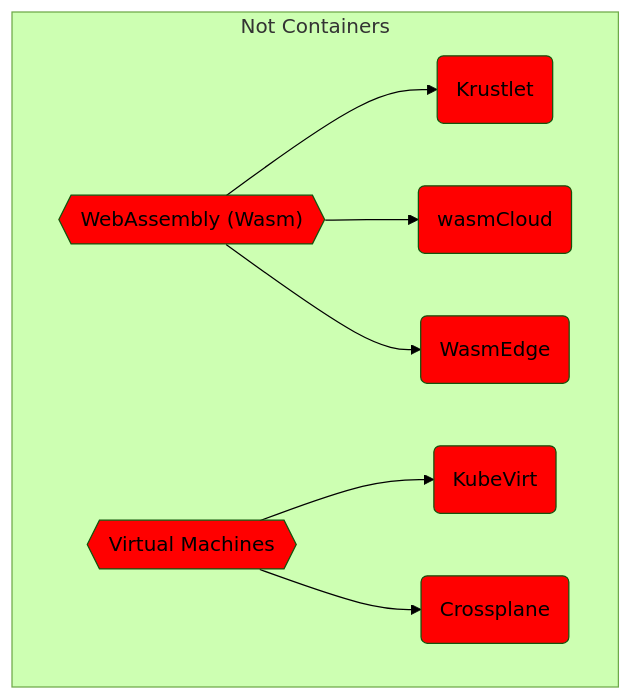
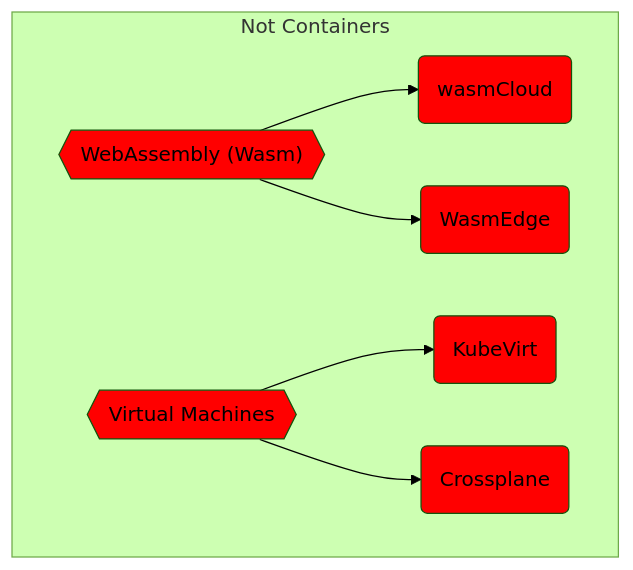
Before and after one commit to vfarcic/cncf-demo: the sixth of 7 diagrams in solution.md, drawn with Mermaid (forest theme). The commit also changed other lines of this file and 10 other files, not shown here.

````diff
--- a/solution.md
+++ b/solution.md
@@ -747,31 +747,32 @@
 ```mermaid
 flowchart TD
 
     subgraph no-containers[Not Containers]
 
         %% ------------------------
         %% -- WebAssembly (Wasm) --
         %% ------------------------
         wasm{{"WebAssembly (Wasm)"}}
         style wasm fill:red
-        wasm-krustlet(Krustlet)
-        style wasm-krustlet fill:red
+        %% Not maintained
+        %% wasm-krustlet(Krustlet)
+        %% style wasm-krustlet fill:red
         wasm-cloud(wasmCloud)
         style wasm-cloud fill:red
         wasm-edge(WasmEdge)
         style wasm-edge fill:red
-        wasm --> wasm-krustlet & wasm-cloud & wasm-edge
+        wasm --> wasm-cloud & wasm-edge
         
         %% ----------------------
         %% -- Virtual Machines --
         %% ----------------------
         vm{{Virtual Machines}}
         style vm fill:red
         vm-kube-virt(KubeVirt)
         style vm-kube-virt fill:red
         vm-crossplane(Crossplane)
         style vm-crossplane fill:red
         vm --> vm-kube-virt & vm-crossplane
     
     end
 ```
````
